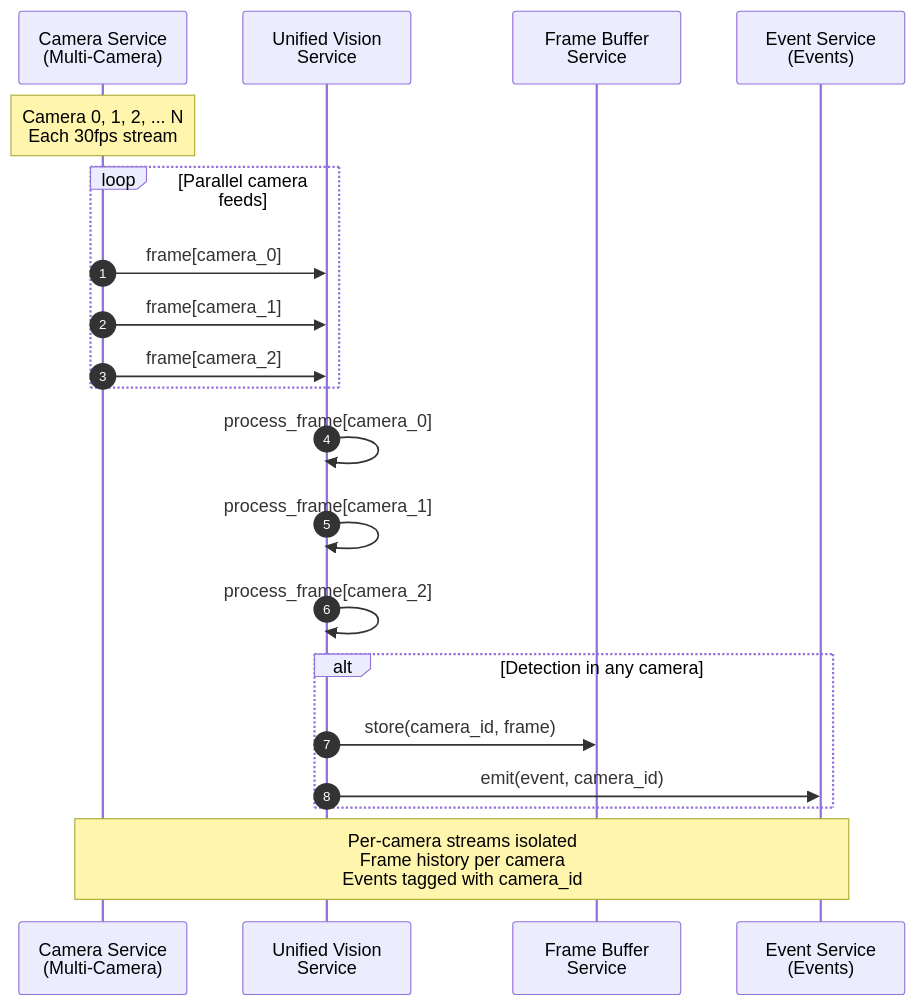
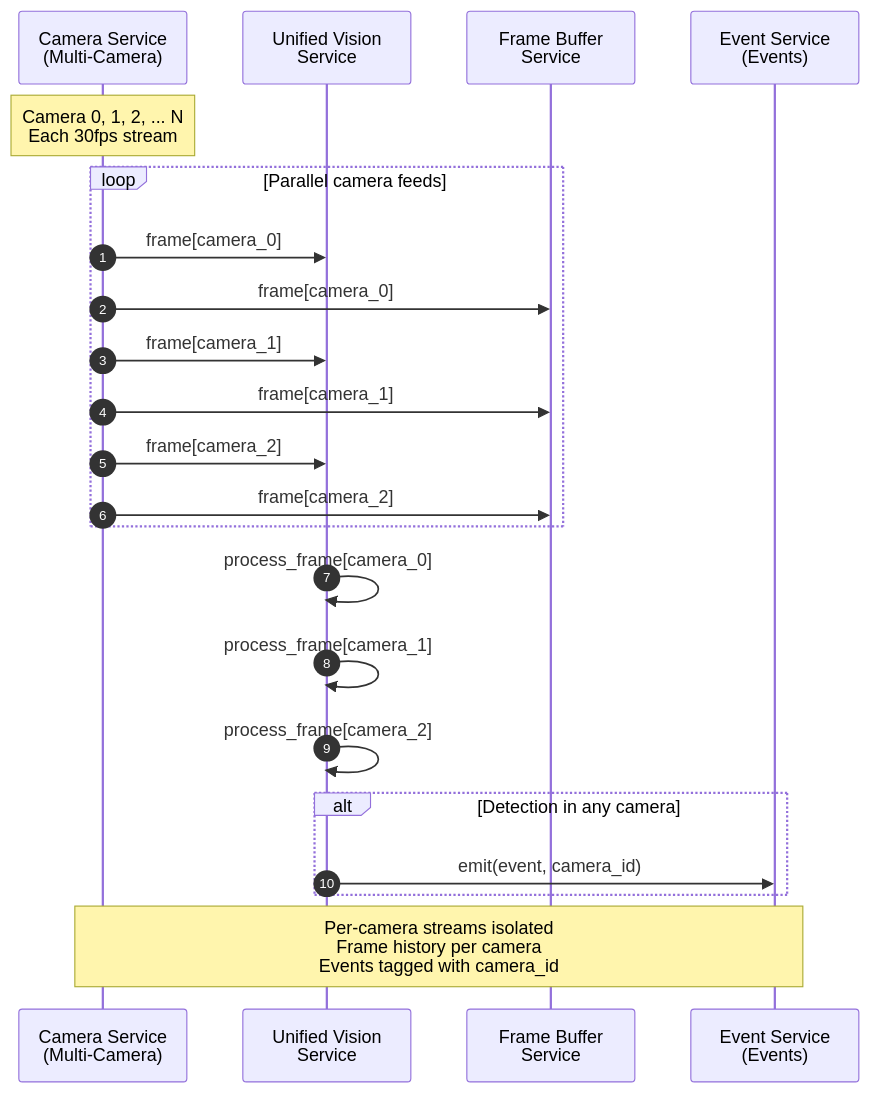
One commit to talifruman/camera-recognition changed the third of 3 diagrams in doc/system.md. Above: the diagram before and after it, drawn with Mermaid. The commit also changed other lines of this file, not shown here.

Commit message:
Update system architecture notes and MVP sequence flow

````diff
--- a/doc/system.md
+++ b/doc/system.md
@@ -266,27 +268,29 @@
 ```mermaid
 sequenceDiagram
 	autonumber
 	participant CameraService as Camera Service<br/>(Multi-Camera)
 	participant UVService as Unified Vision<br/>Service
 	participant FrameBuffer as Frame Buffer<br/>Service
 	participant EventService as Event Service<br/>(Events)
 
 	Note over CameraService: Camera 0, 1, 2, ... N<br/>Each 30fps stream
 	
 	loop Parallel camera feeds
 		CameraService->>UVService: frame[camera_0]
+		CameraService->>FrameBuffer: frame[camera_0]
 		CameraService->>UVService: frame[camera_1]
+		CameraService->>FrameBuffer: frame[camera_1]
 		CameraService->>UVService: frame[camera_2]
+		CameraService->>FrameBuffer: frame[camera_2]
 	end
 	
 	UVService->>UVService: process_frame[camera_0]
 	UVService->>UVService: process_frame[camera_1]
 	UVService->>UVService: process_frame[camera_2]
 	
 	alt Detection in any camera
-		UVService->>FrameBuffer: store(camera_id, frame)
 		UVService->>EventService: emit(event, camera_id)
 	end
 
 	Note over CameraService,EventService: Per-camera streams isolated<br/>Frame history per camera<br/>Events tagged with camera_id
 ```
````
